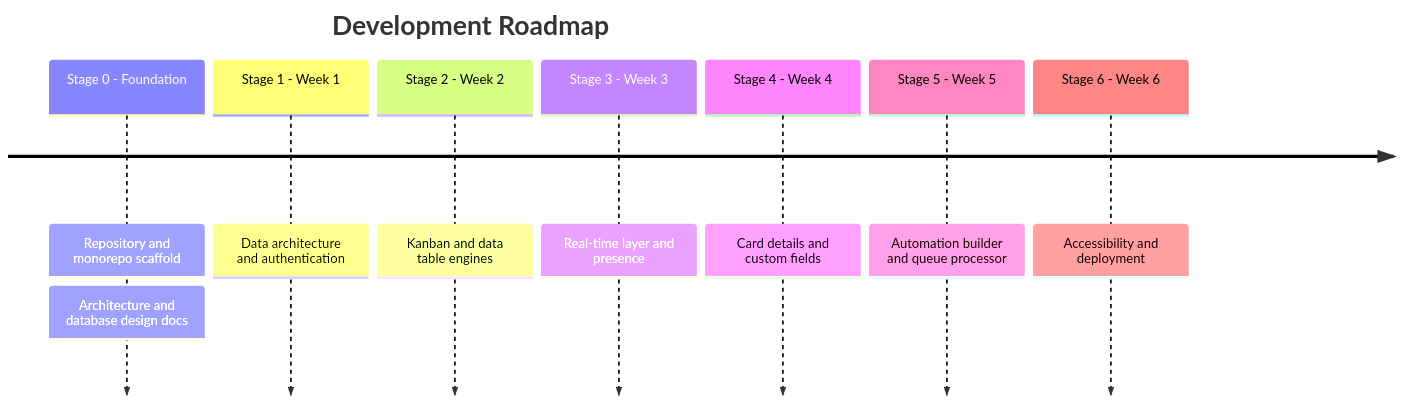
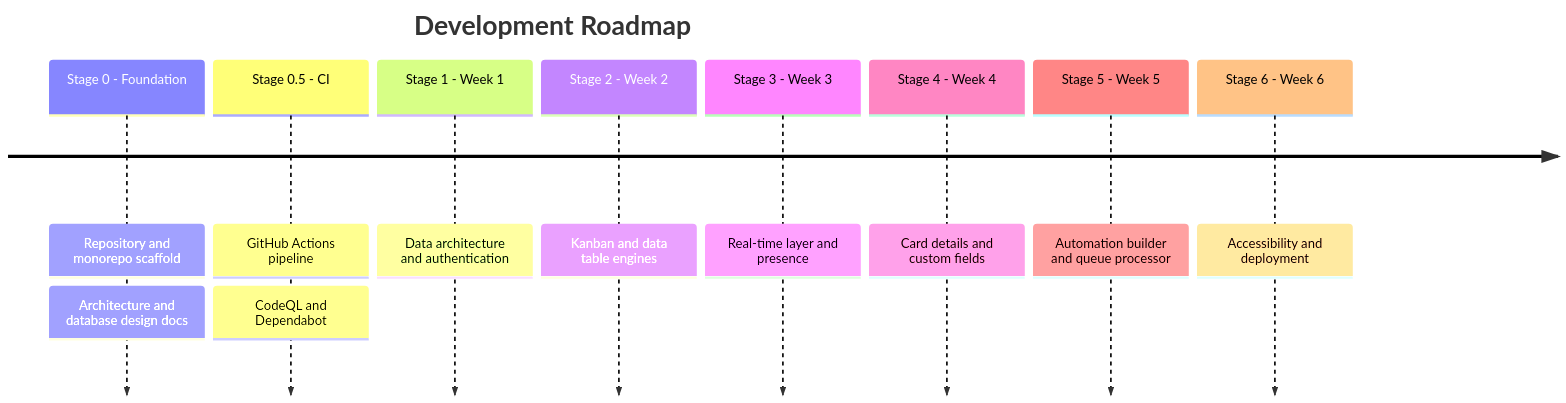
The first of 2 diagrams in docs/roadmap.md (asadw1/kanban-workflow-suite), drawn with Mermaid before and after one commit. The commit also changed other lines of this file, not shown here.

Commit message:
docs(crtwks): add stage 0.5 for the ci and repository automation work

````diff
--- a/docs/roadmap.md
+++ b/docs/roadmap.md
@@ -13,11 +13,12 @@
 ```mermaid
 timeline
     title Development Roadmap
     Stage 0 - Foundation : Repository and monorepo scaffold : Architecture and database design docs
+    Stage 0.5 - CI : GitHub Actions pipeline : CodeQL and Dependabot
     Stage 1 - Week 1 : Data architecture and authentication
     Stage 2 - Week 2 : Kanban and data table engines
     Stage 3 - Week 3 : Real-time layer and presence
     Stage 4 - Week 4 : Card details and custom fields
     Stage 5 - Week 5 : Automation builder and queue processor
     Stage 6 - Week 6 : Accessibility and deployment
 ```
````
